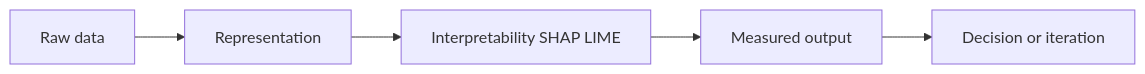
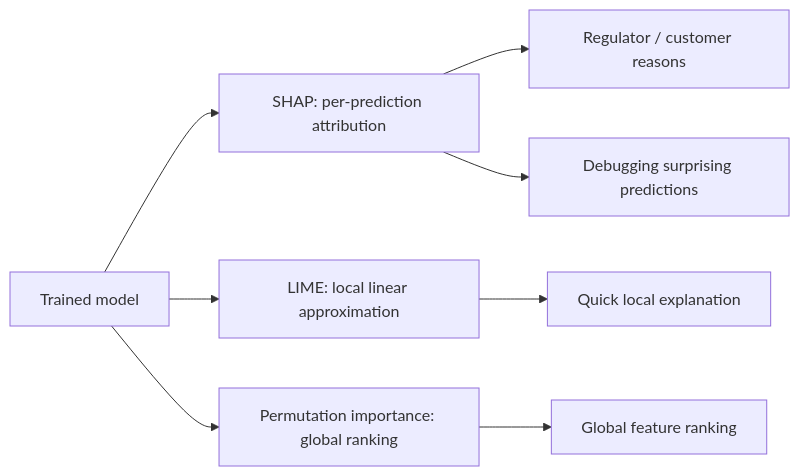
Before and after one commit to Icon1cc/Machine-Learning: the diagram in classical-ml/19-interpretability-shap-lime.md, drawn with Mermaid. The commit also changed other lines of this file and 264 other files, not shown here.

````diff
--- a/classical-ml/19-interpretability-shap-lime.md
+++ b/classical-ml/19-interpretability-shap-lime.md
@@ -92,7 +237,10 @@
 ```mermaid
 flowchart LR
-    A[Raw data] --> B[Representation]
-    B --> C[Interpretability SHAP LIME]
-    C --> D[Measured output]
-    D --> E[Decision or iteration]
+    M[Trained model] --> S[SHAP: per-prediction attribution]
+    M --> L[LIME: local linear approximation]
+    M --> P[Permutation importance: global ranking]
+    S --> R[Regulator / customer reasons]
+    S --> D[Debugging surprising predictions]
+    P --> G[Global feature ranking]
+    L --> Q[Quick local explanation]
 ```
````
